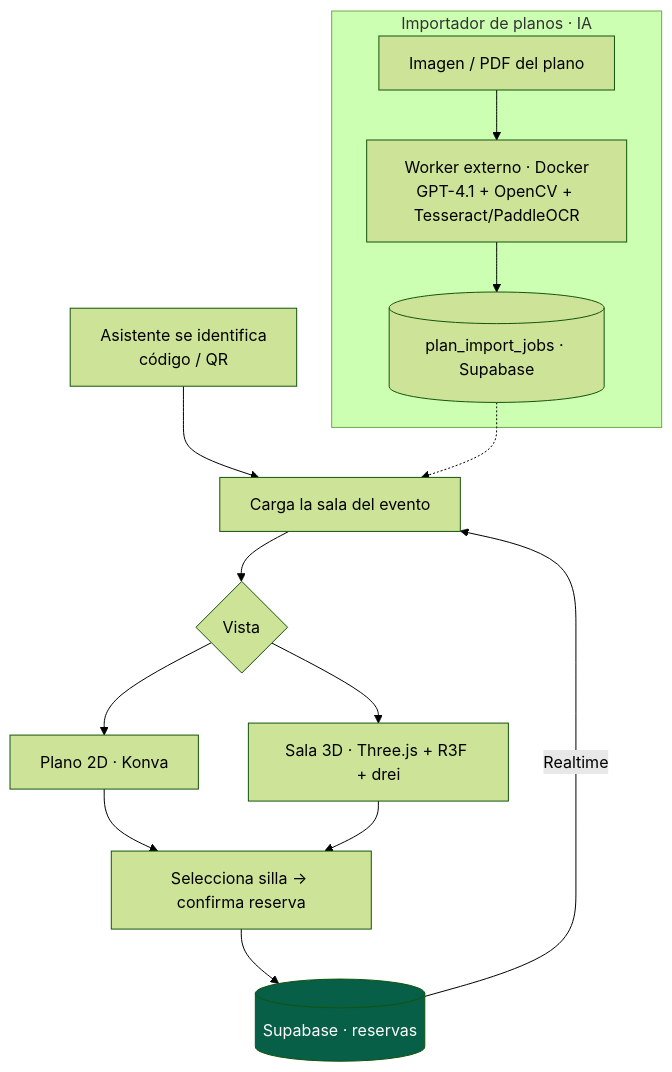
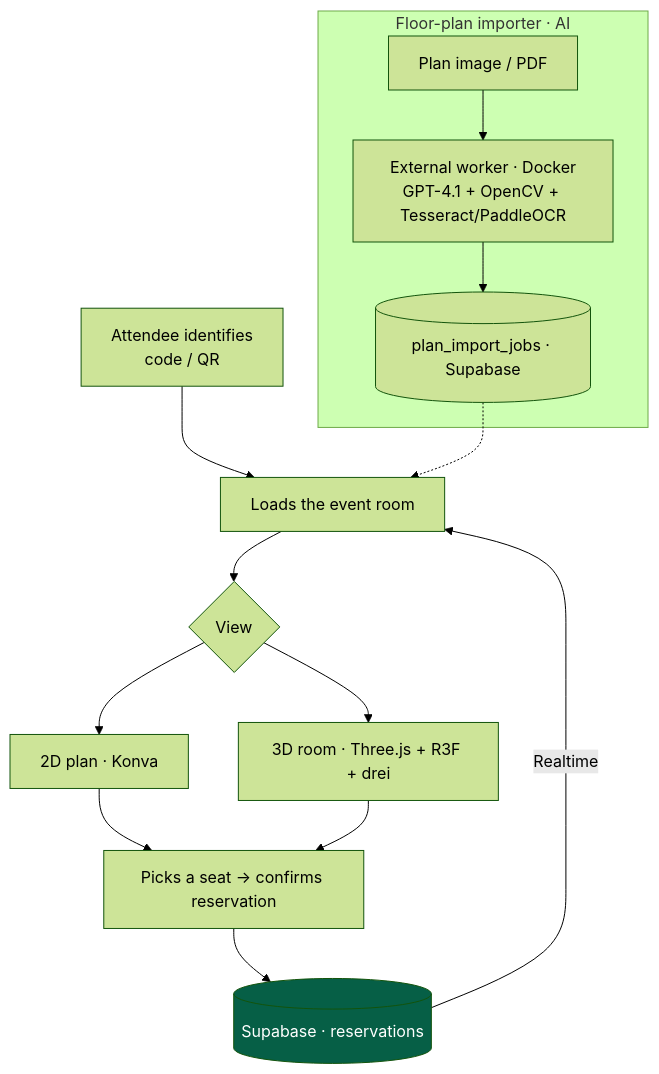
One commit to aleglope/production-systems-case-studies changed the diagram in projects/sala-cenas.md. Above: the diagram before and after it, drawn with Mermaid (forest theme). The commit also changed other lines of this file and 25 other files, not shown here.

````diff
--- a/projects/sala-cenas.md
+++ b/projects/sala-cenas.md
@@ -23,19 +25,19 @@
 ```mermaid
 flowchart TB
-    ID["Asistente se identifica<br/>código / QR"] --> ROOM["Carga la sala del evento"]
-    ROOM --> VIEW{"Vista"}
-    VIEW --> V2D["Plano 2D · Konva"]
-    VIEW --> V3D["Sala 3D · Three.js + R3F + drei"]
-    V2D --> SEAT["Selecciona silla → confirma reserva"]
+    ID["Attendee identifies<br/>code / QR"] --> ROOM["Loads the event room"]
+    ROOM --> VIEW{"View"}
+    VIEW --> V2D["2D plan · Konva"]
+    VIEW --> V3D["3D room · Three.js + R3F + drei"]
+    V2D --> SEAT["Picks a seat → confirms reservation"]
     V3D --> SEAT
-    SEAT --> SUPA[("Supabase · reservas")]
+    SEAT --> SUPA[("Supabase · reservations")]
     SUPA -- "Realtime" --> ROOM
 
-    subgraph IMPORT["Importador de planos · IA"]
-        IMG["Imagen / PDF del plano"] --> WORKER["Worker externo · Docker<br/>GPT-4.1 + OpenCV + Tesseract/PaddleOCR"]
+    subgraph IMPORT["Floor-plan importer · AI"]
+        IMG["Plan image / PDF"] --> WORKER["External worker · Docker<br/>GPT-4.1 + OpenCV + Tesseract/PaddleOCR"]
         WORKER --> JOB[("plan_import_jobs · Supabase")]
     end
     JOB -.-> ROOM
 
     style SUPA fill:#065f46,color:#fff
 ```
````
